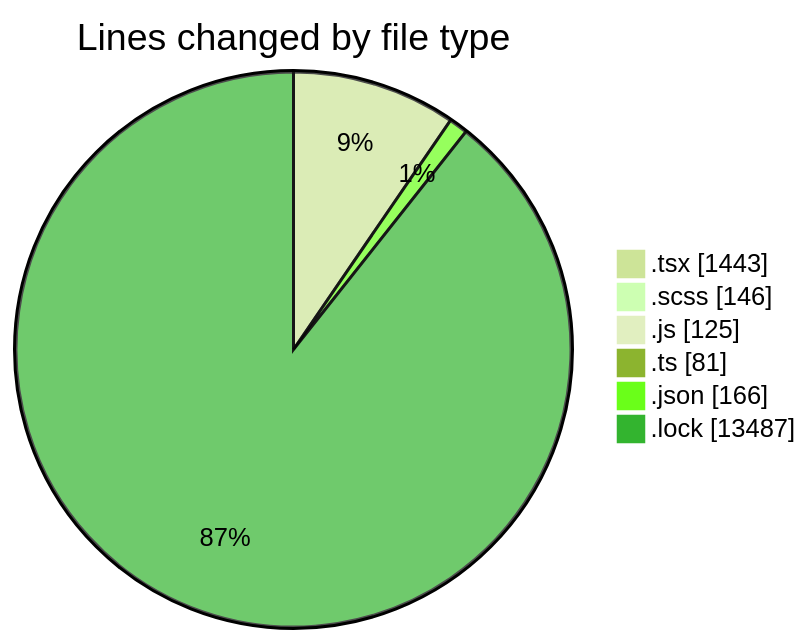
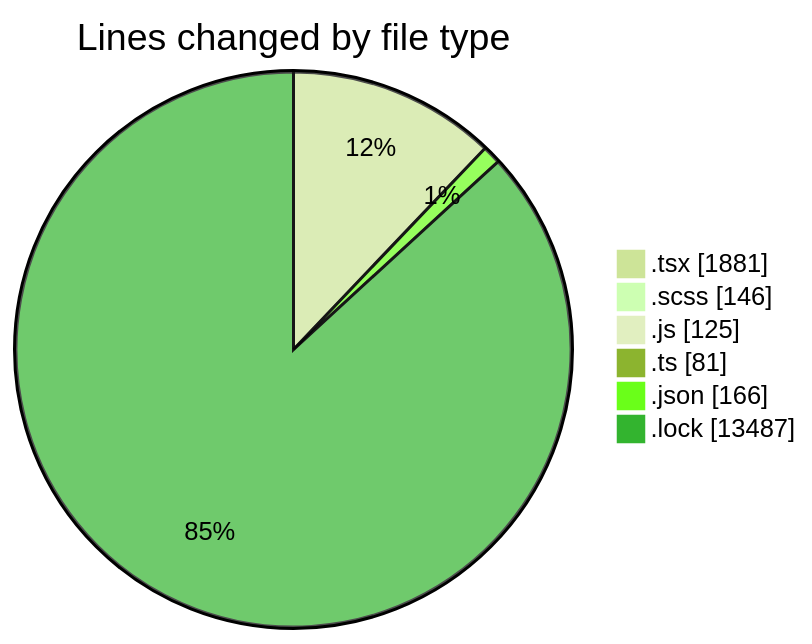
One commit to momahboobian/code-tracking changed the first of 2 diagrams in 2026-04-24/cda/README.md. Above: the diagram before and after it, drawn with Mermaid (forest theme). The commit also changed other lines of this file and 1 other file, not shown here.

````diff
--- a/2026-04-24/cda/README.md
+++ b/2026-04-24/cda/README.md
@@ -34,10 +34,10 @@
 ```mermaid
 pie showData
 title Lines changed by file type
-".tsx" : 1443
+".tsx" : 1881
 ".scss" : 146
 ".js" : 125
 ".ts" : 81
 ".json" : 166
 ".lock" : 13487
 ```
````
